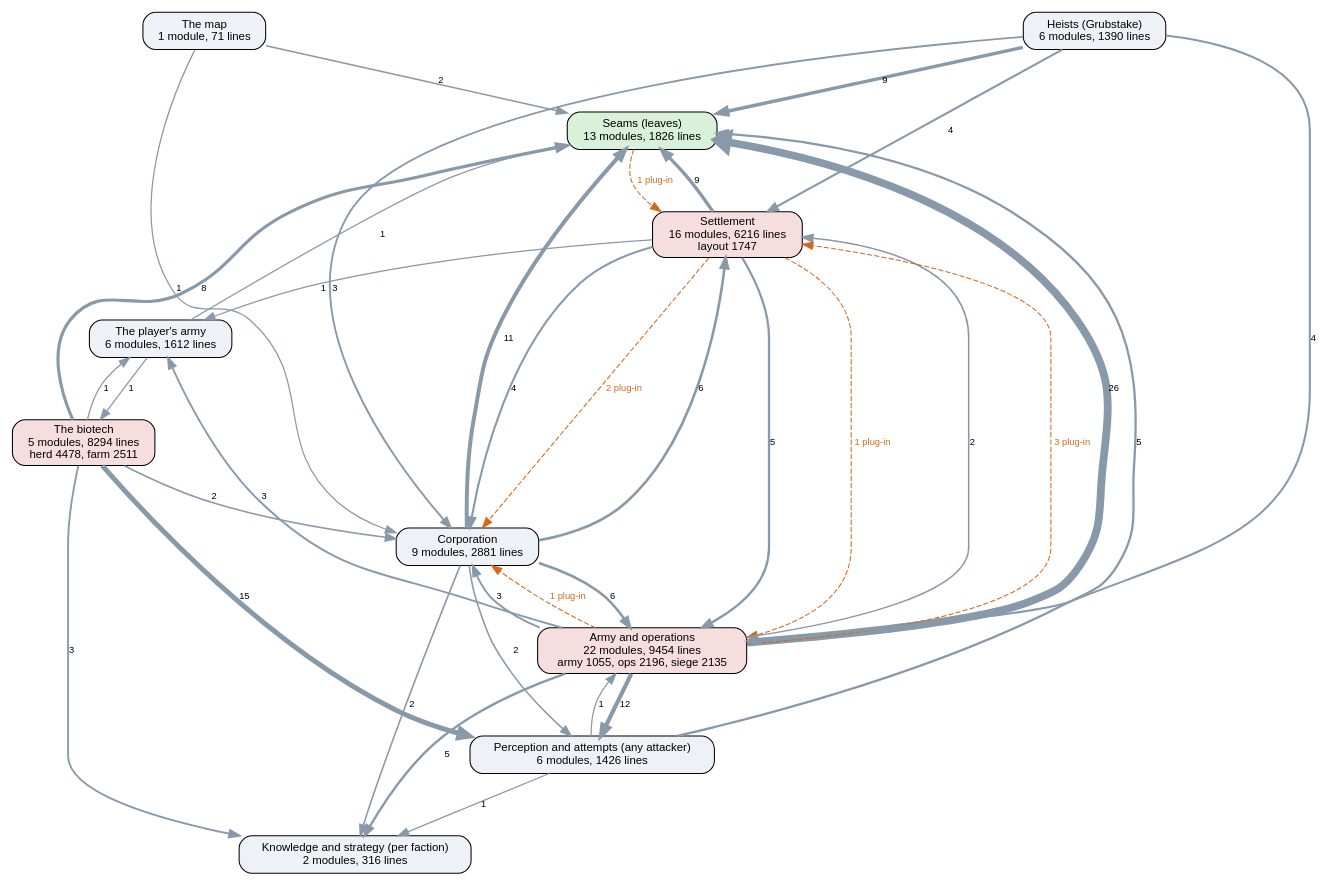
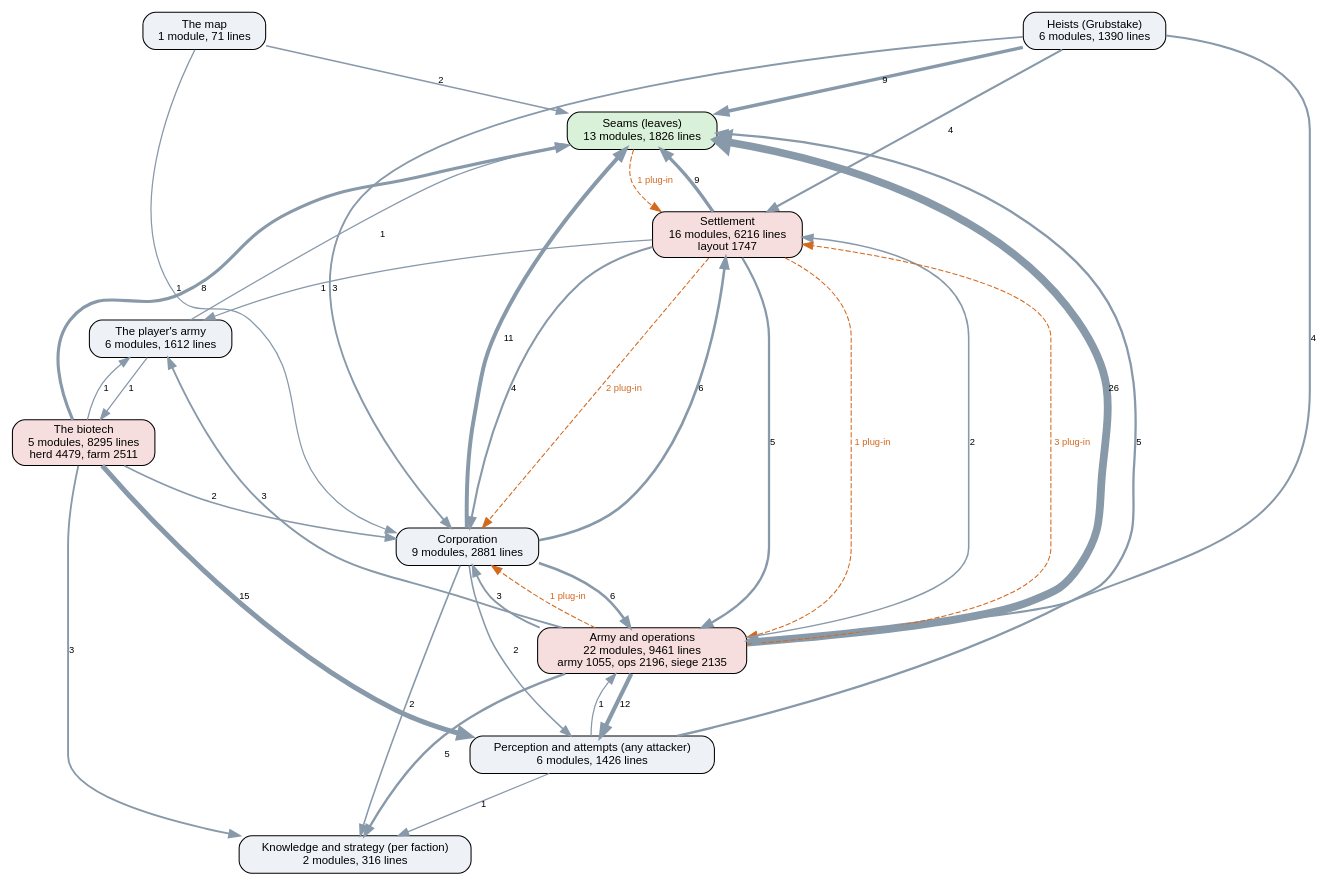
One commit to kinelhu/landing-party changed the diagram in docs/ai-layers.dot. Above: the diagram before and after it, drawn with Graphviz. The commit also changed 12 other files, not shown here.

```diff
--- a/docs/ai-layers.dot
+++ b/docs/ai-layers.dot
@@ -1,51 +1,51 @@
 digraph layers {
   graph [rankdir=TB, fontname="Helvetica", nodesep=0.5, ranksep=0.7];
   node [shape=box, style="rounded,filled", fontname="Helvetica", fontsize=11, fillcolor="#eef2f7"];
   edge [color="#8899aa", fontname="Helvetica", fontsize=9];
   "Seams (leaves)" [label="Seams (leaves)\n13 modules, 1826 lines", fillcolor="#d9f0d9"];
   "Perception and attempts (any attacker)" [label="Perception and attempts (any attacker)\n6 modules, 1426 lines", fillcolor="#eef2f7"];
   "Knowledge and strategy (per faction)" [label="Knowledge and strategy (per faction)\n2 modules, 316 lines", fillcolor="#eef2f7"];
   "Corporation" [label="Corporation\n9 modules, 2881 lines", fillcolor="#eef2f7"];
   "Settlement" [label="Settlement\n16 modules, 6216 lines\nlayout 1747", fillcolor="#f7dede"];
-  "Army and operations" [label="Army and operations\n22 modules, 9454 lines\narmy 1055, ops 2196, siege 2135", fillcolor="#f7dede"];
+  "Army and operations" [label="Army and operations\n22 modules, 9461 lines\narmy 1055, ops 2196, siege 2135", fillcolor="#f7dede"];
   "Heists (Grubstake)" [label="Heists (Grubstake)\n6 modules, 1390 lines", fillcolor="#eef2f7"];
-  "The biotech" [label="The biotech\n5 modules, 8294 lines\nherd 4478, farm 2511", fillcolor="#f7dede"];
+  "The biotech" [label="The biotech\n5 modules, 8295 lines\nherd 4479, farm 2511", fillcolor="#f7dede"];
   "The map" [label="The map\n1 module, 71 lines", fillcolor="#eef2f7"];
   "The player's army" [label="The player's army\n6 modules, 1612 lines", fillcolor="#eef2f7"];
   "Army and operations" -> "Corporation" [label="3", penwidth=1.8];
   "Army and operations" -> "Knowledge and strategy (per faction)" [label="5", penwidth=2.2];
   "Army and operations" -> "Perception and attempts (any attacker)" [label="12", penwidth=4.0];
   "Army and operations" -> "Seams (leaves)" [label="26", penwidth=7.5];
   "Army and operations" -> "Settlement" [label="2", penwidth=1.5];
   "Army and operations" -> "The player's army" [label="3", penwidth=1.8];
   "Corporation" -> "Army and operations" [label="6", penwidth=2.5];
   "Corporation" -> "Knowledge and strategy (per faction)" [label="2", penwidth=1.5];
   "Corporation" -> "Perception and attempts (any attacker)" [label="2", penwidth=1.5];
   "Corporation" -> "Seams (leaves)" [label="11", penwidth=3.8];
   "Corporation" -> "Settlement" [label="6", penwidth=2.5];
   "Heists (Grubstake)" -> "Army and operations" [label="4", penwidth=2.0];
   "Heists (Grubstake)" -> "Corporation" [label="3", penwidth=1.8];
   "Heists (Grubstake)" -> "Seams (leaves)" [label="9", penwidth=3.2];
   "Heists (Grubstake)" -> "Settlement" [label="4", penwidth=2.0];
   "Perception and attempts (any attacker)" -> "Army and operations" [label="1", penwidth=1.2];
   "Perception and attempts (any attacker)" -> "Knowledge and strategy (per faction)" [label="1", penwidth=1.2];
   "Perception and attempts (any attacker)" -> "Seams (leaves)" [label="5", penwidth=2.2];
   "Settlement" -> "Army and operations" [label="5", penwidth=2.2];
   "Settlement" -> "Corporation" [label="4", penwidth=2.0];
   "Settlement" -> "Seams (leaves)" [label="9", penwidth=3.2];
   "Settlement" -> "The player's army" [label="1", penwidth=1.2];
   "The biotech" -> "Corporation" [label="2", penwidth=1.5];
   "The biotech" -> "Knowledge and strategy (per faction)" [label="3", penwidth=1.8];
   "The biotech" -> "Perception and attempts (any attacker)" [label="15", penwidth=4.8];
   "The biotech" -> "Seams (leaves)" [label="8", penwidth=3.0];
   "The biotech" -> "The player's army" [label="1", penwidth=1.2];
   "The map" -> "Corporation" [label="1", penwidth=1.2];
   "The map" -> "Seams (leaves)" [label="2", penwidth=1.5];
   "The player's army" -> "Seams (leaves)" [label="1", penwidth=1.2];
   "The player's army" -> "The biotech" [label="1", penwidth=1.2];
   "Army and operations" -> "Corporation" [style=dashed, color="#d2691e", fontcolor="#d2691e", label="1 plug-in"];
   "Army and operations" -> "Settlement" [style=dashed, color="#d2691e", fontcolor="#d2691e", label="3 plug-in"];
   "Seams (leaves)" -> "Settlement" [style=dashed, color="#d2691e", fontcolor="#d2691e", label="1 plug-in"];
   "Settlement" -> "Army and operations" [style=dashed, color="#d2691e", fontcolor="#d2691e", label="1 plug-in"];
   "Settlement" -> "Corporation" [style=dashed, color="#d2691e", fontcolor="#d2691e", label="2 plug-in"];
 }
```
